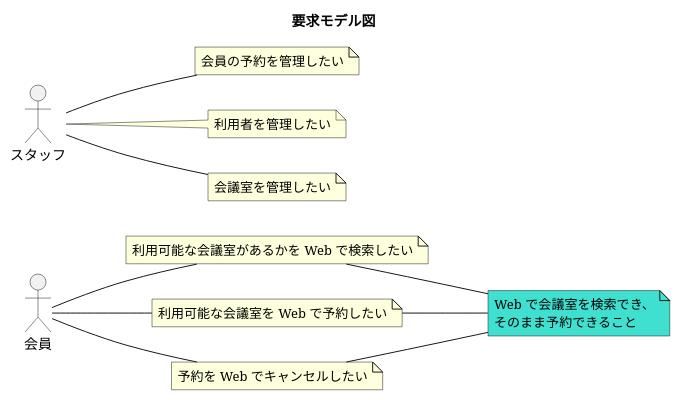
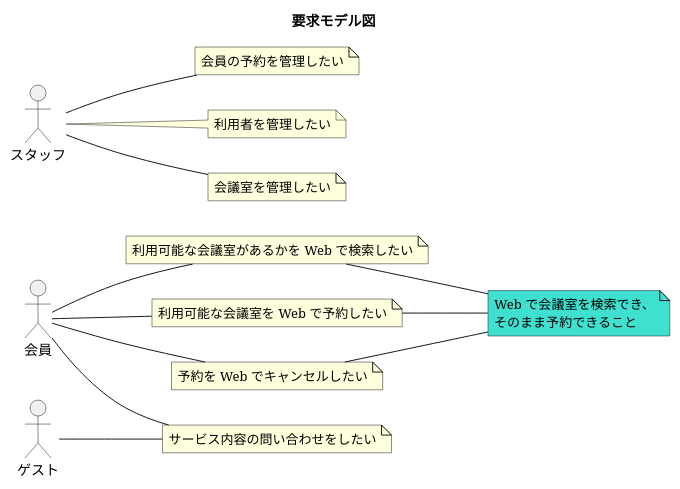
The second of 31 diagrams in docs/index.adoc (k2works/case-study-mrs), drawn with PlantUML before and after one commit. The commit also changed other lines of this file and 24 other files, not shown here.

```diff
--- a/docs/index.adoc
+++ b/docs/index.adoc
@@ -81,34 +88,39 @@
 [plantuml]
 ----
 @startuml
 
 title 要求モデル図
 
 left to right direction
 
 actor 会員 as ac_01
 note "利用可能な会議室があるかを Web で検索したい" as k_r1
 note "利用可能な会議室を Web で予約したい" as k_r2
 note "予約を Web でキャンセルしたい" as k_r6
+note "サービス内容の問い合わせをしたい" as k_r7
 note as k_dr1 #Turquoise
   Web で会議室を検索でき、
   そのまま予約できること
 end note
 ac_01 -- k_r1
 ac_01 -- k_r2
 ac_01 -- k_r6
+ac_01 -- k_r7
 k_r1 -- k_dr1
 k_r2 -- k_dr1
 k_r6 -- k_dr1
 
 actor スタッフ as ac_02
 note "会員の予約を管理したい" as k_r3
 note "利用者を管理したい" as k_r4
 note "会議室を管理したい" as k_r5
 ac_02 -- k_r3
 ac_02 -- k_r4
 ac_02 -- k_r5
 
+actor ゲスト as ac_03
+ac_03 -- k_r7
+
 @enduml
 
 ----
```
